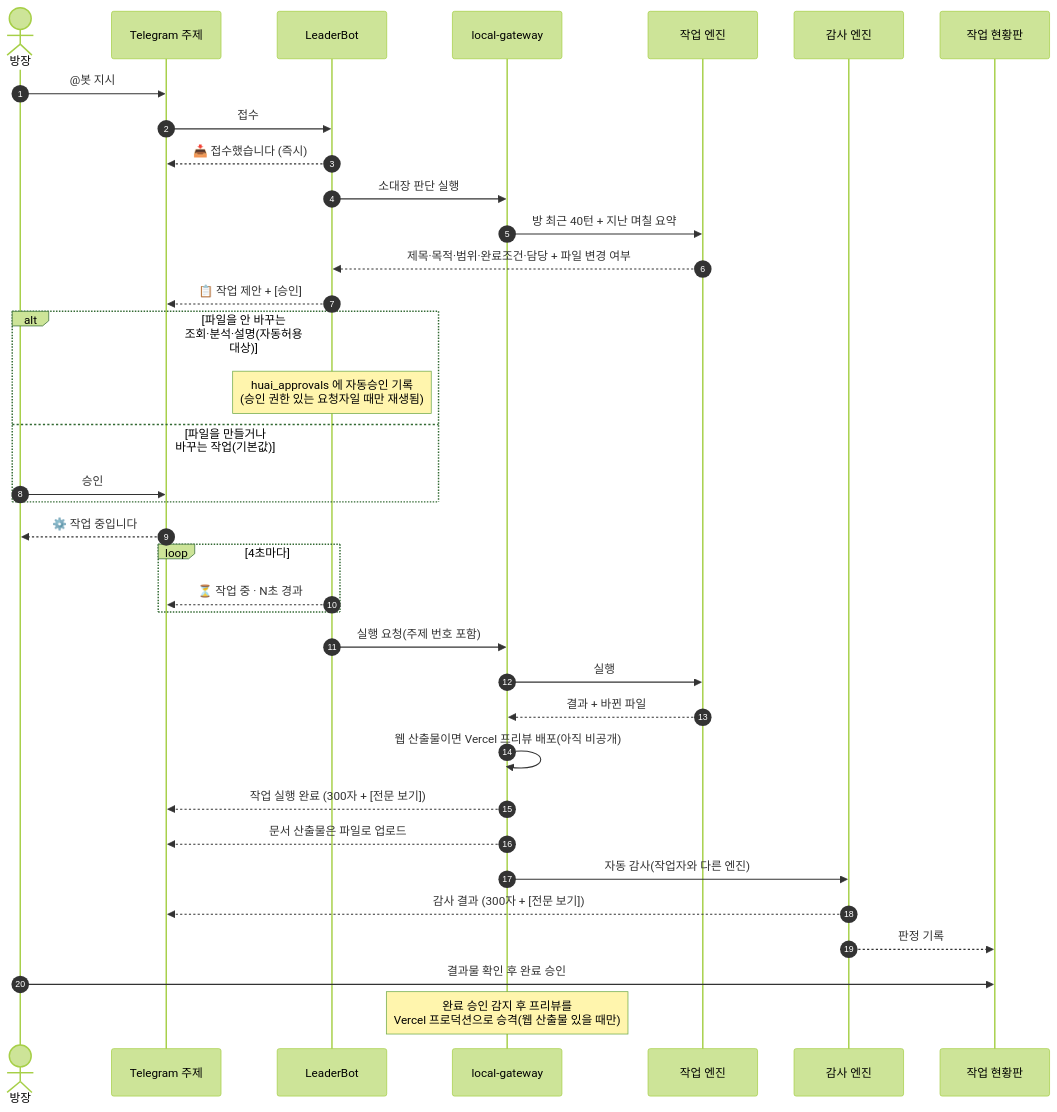
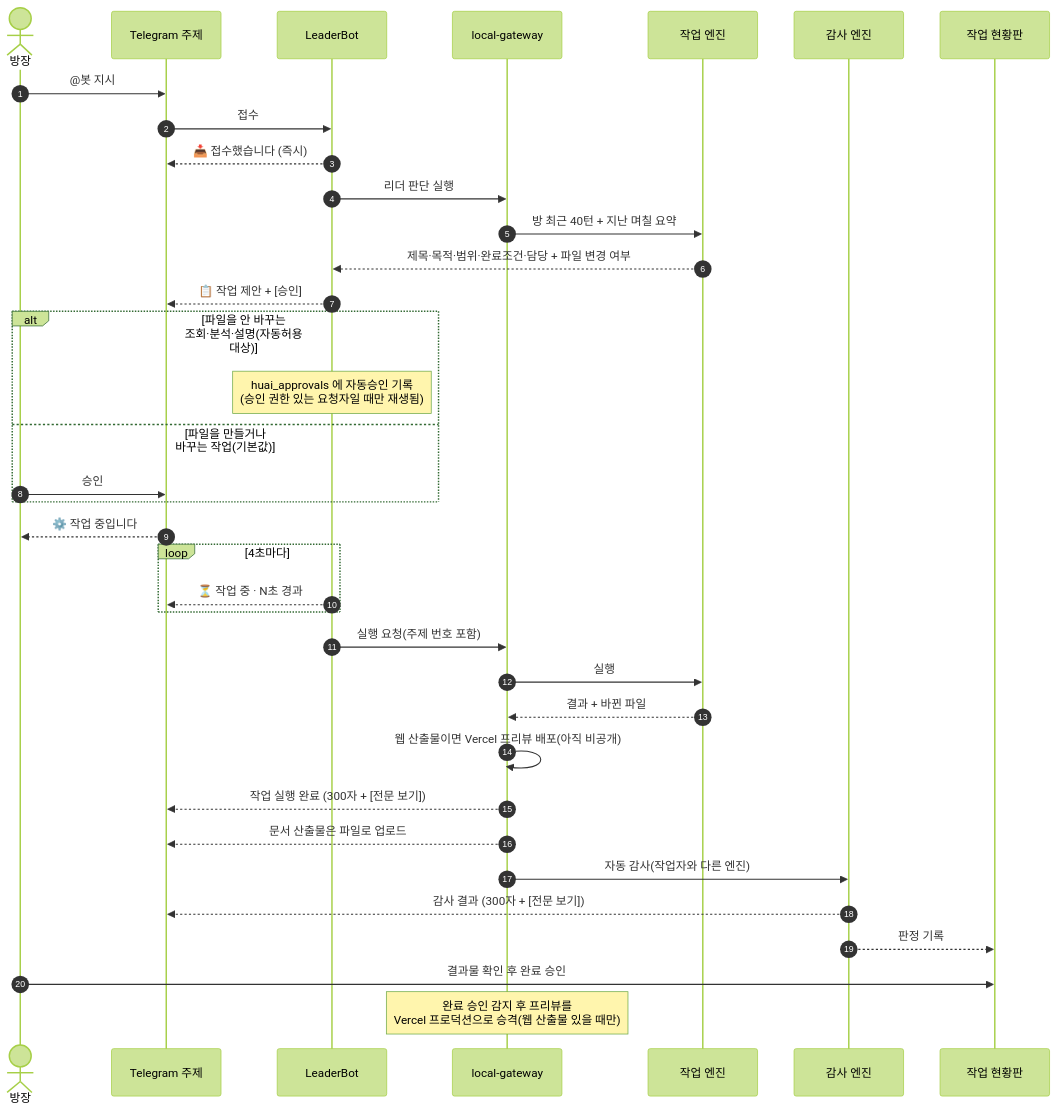
The first of 4 diagrams in docs/작업_흐름도.md (SUNWOONGKYU/HuAIChatroomSystem), drawn with Mermaid (forest theme) before and after one commit. The commit also changed other lines of this file and 12 other files, not shown here.

````diff
--- a/docs/작업_흐름도.md
+++ b/docs/작업_흐름도.md
@@ -9,41 +9,41 @@
 ```mermaid
 sequenceDiagram
   autonumber
   actor 방장
   participant 방 as Telegram 주제
   participant L as LeaderBot
   participant GW as local-gateway
   participant W as 작업 엔진
   participant A as 감사 엔진
   participant B as 작업 현황판
 
   방장->>방: @봇 지시
   방->>L: 접수
   L-->>방: 📥 접수했습니다 (즉시)
-  L->>GW: 소대장 판단 실행
+  L->>GW: 리더 판단 실행
   GW->>W: 방 최근 40턴 + 지난 며칠 요약
   W-->>L: 제목·목적·범위·완료조건·담당 + 파일 변경 여부
   L-->>방: 📋 작업 제안 + [승인]
 
   alt 파일을 안 바꾸는 조회·분석·설명(자동허용 대상)
     Note over L: huai_approvals 에 자동승인 기록<br/>(승인 권한 있는 요청자일 때만 재생됨)
   else 파일을 만들거나 바꾸는 작업(기본값)
     방장->>방: 승인
   end
   방-->>방장: ⚙️ 작업 중입니다
   loop 4초마다
     L-->>방: ⏳ 작업 중 · N초 경과
   end
   L->>GW: 실행 요청(주제 번호 포함)
   GW->>W: 실행
   W-->>GW: 결과 + 바뀐 파일
   GW->>GW: 웹 산출물이면 Vercel 프리뷰 배포(아직 비공개)
   GW-->>방: 작업 실행 완료 (300자 + [전문 보기])
   GW-->>방: 문서 산출물은 파일로 업로드
 
   GW->>A: 자동 감사(작업자와 다른 엔진)
   A-->>방: 감사 결과 (300자 + [전문 보기])
   A-->>B: 판정 기록
   방장->>B: 결과물 확인 후 완료 승인
   Note over GW: 완료 승인 감지 후 프리뷰를<br/>Vercel 프로덕션으로 승격(웹 산출물 있을 때만)
 ```
````
